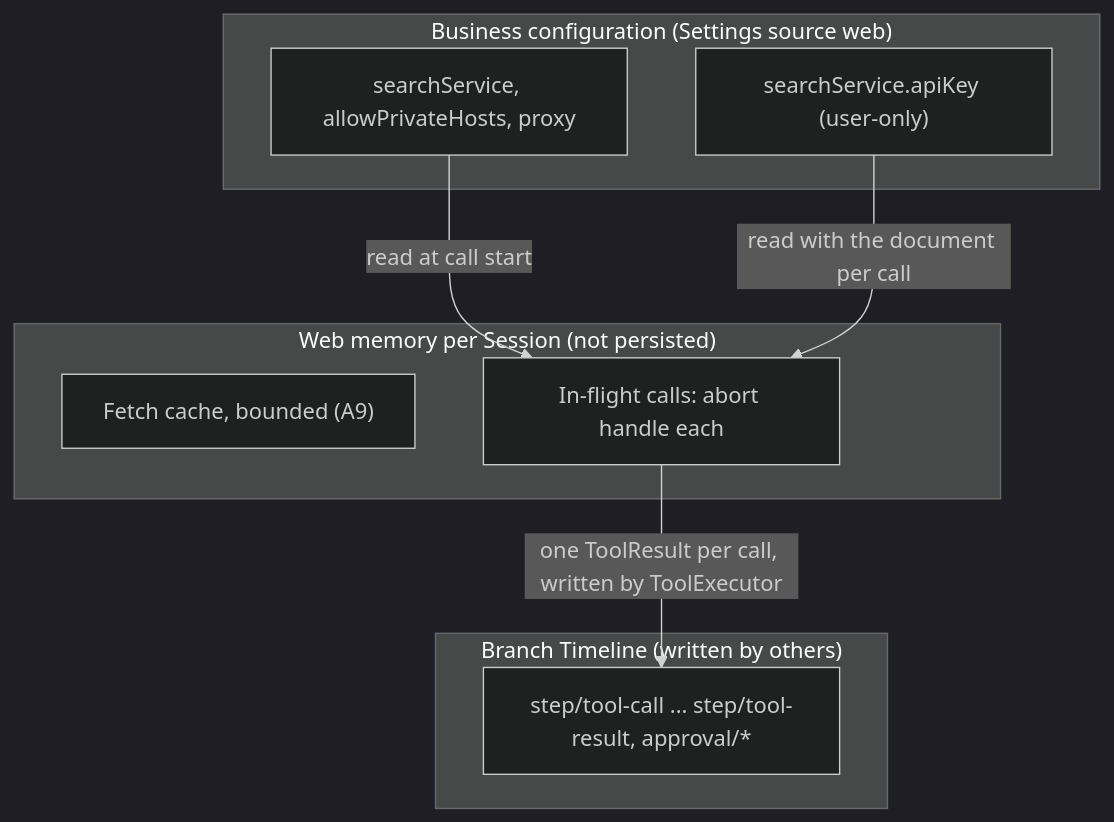
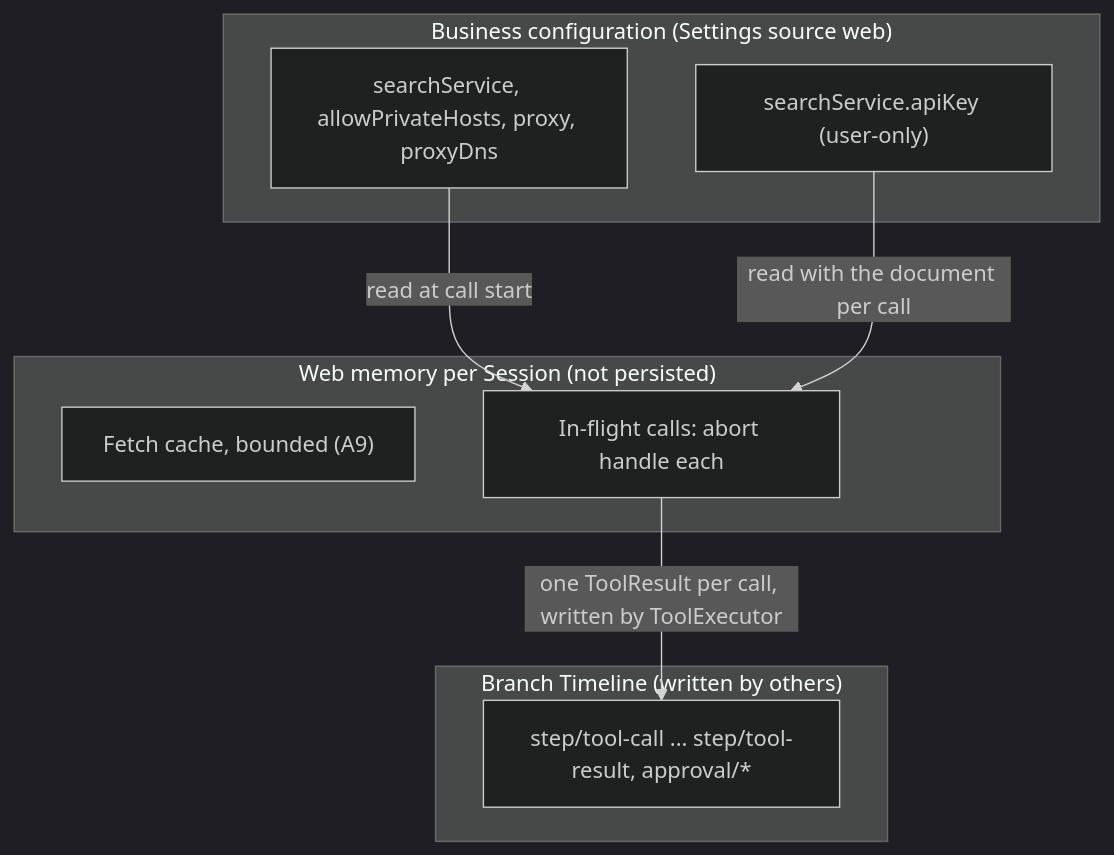
One commit to CoutinhoTTS/dim-agent changed the second of 5 diagrams in docs/design/plugins/Web.md. Above: the diagram before and after it, drawn with Mermaid (dark theme). The commit also changed other lines of this file and 1 other file, not shown here.

First line of the commit message:
docs: define proxy DNS support for Fake-IP environments

````diff
--- a/docs/design/plugins/Web.md
+++ b/docs/design/plugins/Web.md
@@ -47,17 +47,17 @@
 ```mermaid
 flowchart TB
   subgraph CFG["Business configuration (Settings source web)"]
-    WebCfg["searchService, allowPrivateHosts, proxy"]
+    WebCfg["searchService, allowPrivateHosts, proxy, proxyDns"]
     Secret["searchService.apiKey (user-only)"]
   end
   subgraph MEM["Web memory per Session (not persisted)"]
     Cache["Fetch cache, bounded (A9)"]
     Inflight["In-flight calls: abort handle each"]
   end
   subgraph TL["Branch Timeline (written by others)"]
     Calls["step/tool-call ... step/tool-result, approval/*"]
   end
   WebCfg -->|"read at call start"| Inflight
   Secret -->|"read with the document per call"| Inflight
   Inflight -->|"one ToolResult per call, written by ToolExecutor"| Calls
 ```
````
